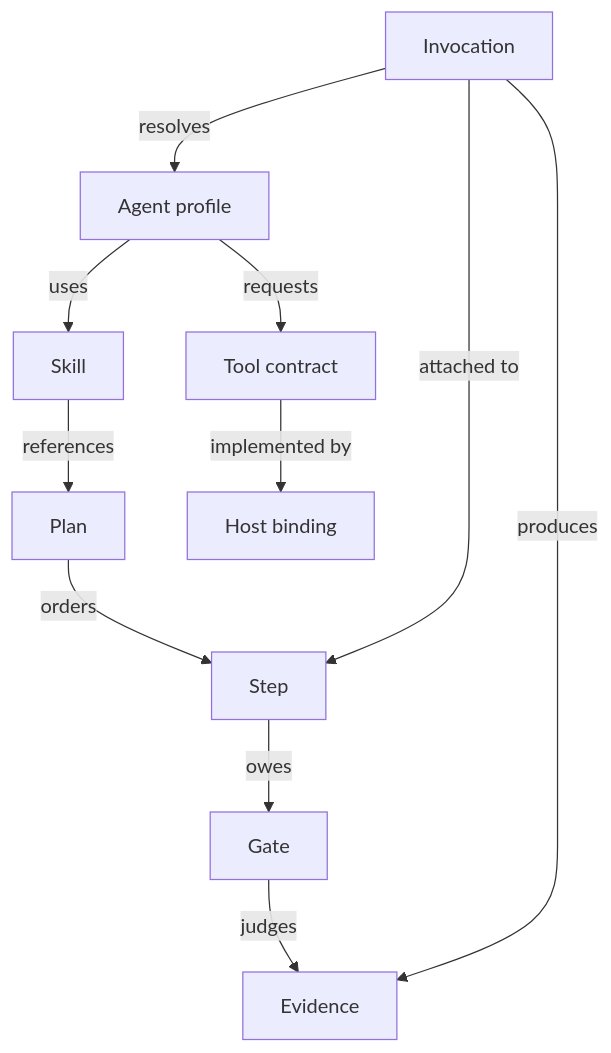
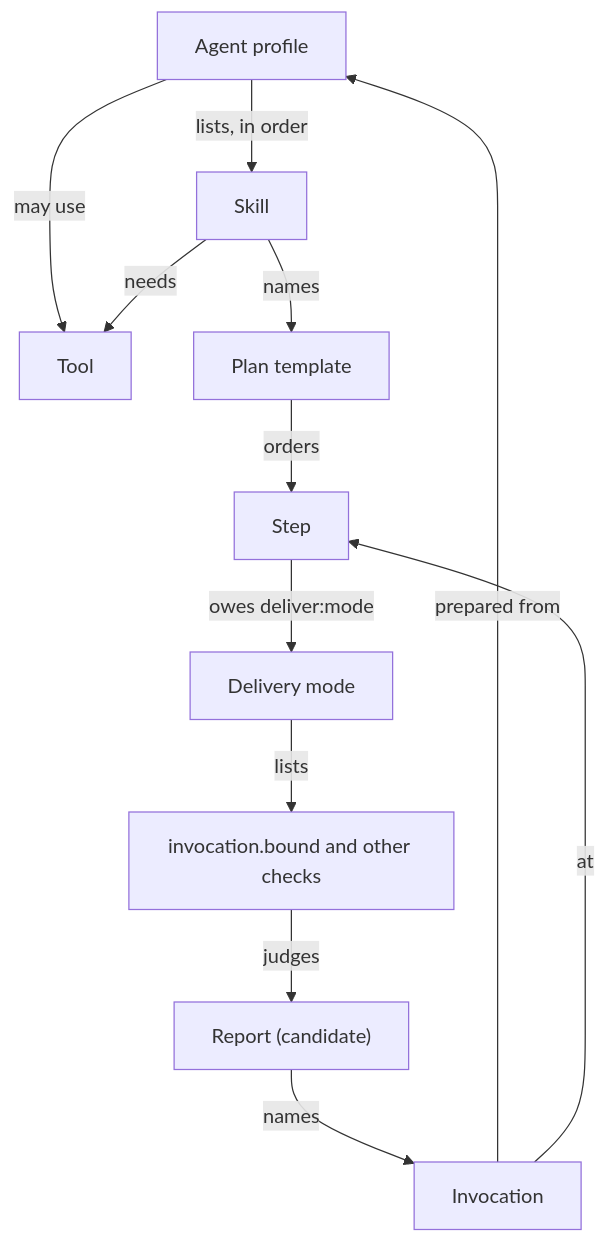
The diagram in docs/rfcs/2026-11-25-agent-vocabulary.md (writfold-dev/writfold), drawn with Mermaid before and after one commit. The commit also changed other lines of this file and 3 other files, not shown here.

````diff
--- a/docs/rfcs/2026-11-25-agent-vocabulary.md
+++ b/docs/rfcs/2026-11-25-agent-vocabulary.md
@@ -128,13 +215,14 @@
 ```mermaid
 flowchart TD
-    Agent["Agent profile"] -->|uses| Skill["Skill"]
-    Agent -->|requests| Tool["Tool contract"]
-    Tool -->|implemented by| Binding["Host binding"]
-    Skill -->|references| Plan["Plan"]
+    Agent["Agent profile"] -->|lists, in order| Skill["Skill"]
+    Agent -->|may use| Tool["Tool"]
+    Skill -->|needs| Tool
+    Skill -->|names| Plan["Plan template"]
     Plan -->|orders| Step["Step"]
-    Step -->|owes| Gate["Gate"]
-    Invocation["Invocation"] -->|resolves| Agent
-    Invocation -->|attached to| Step
-    Invocation -->|produces| Evidence["Evidence"]
-    Gate -->|judges| Evidence
+    Step -->|owes deliver:mode| Mode["Delivery mode"]
+    Mode -->|lists| Check["invocation.bound and other checks"]
+    Inv["Invocation"] -->|prepared from| Agent
+    Inv -->|at| Step
+    Report["Report (candidate)"] -->|names| Inv
+    Check -->|judges| Report
 ```
````
